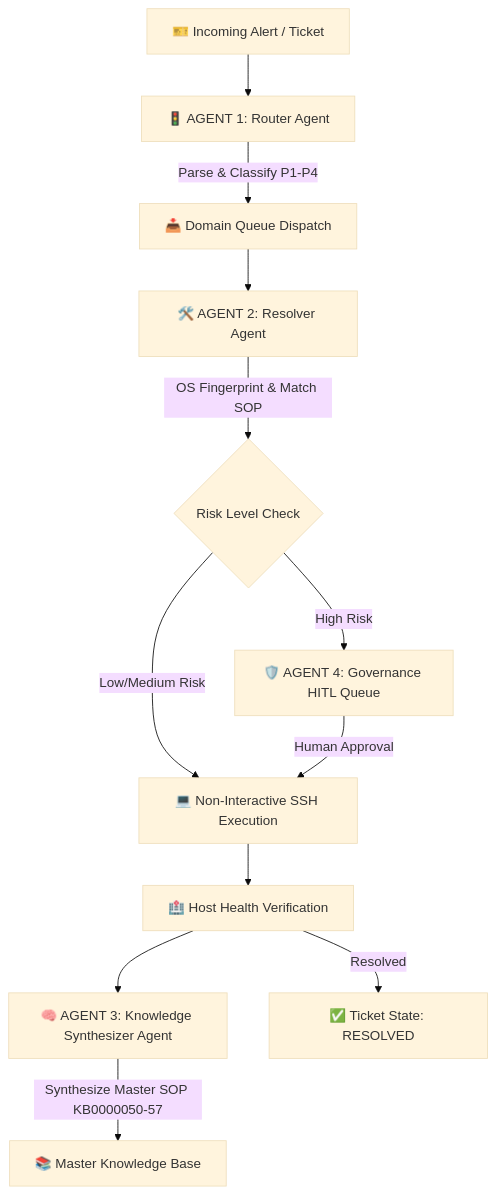
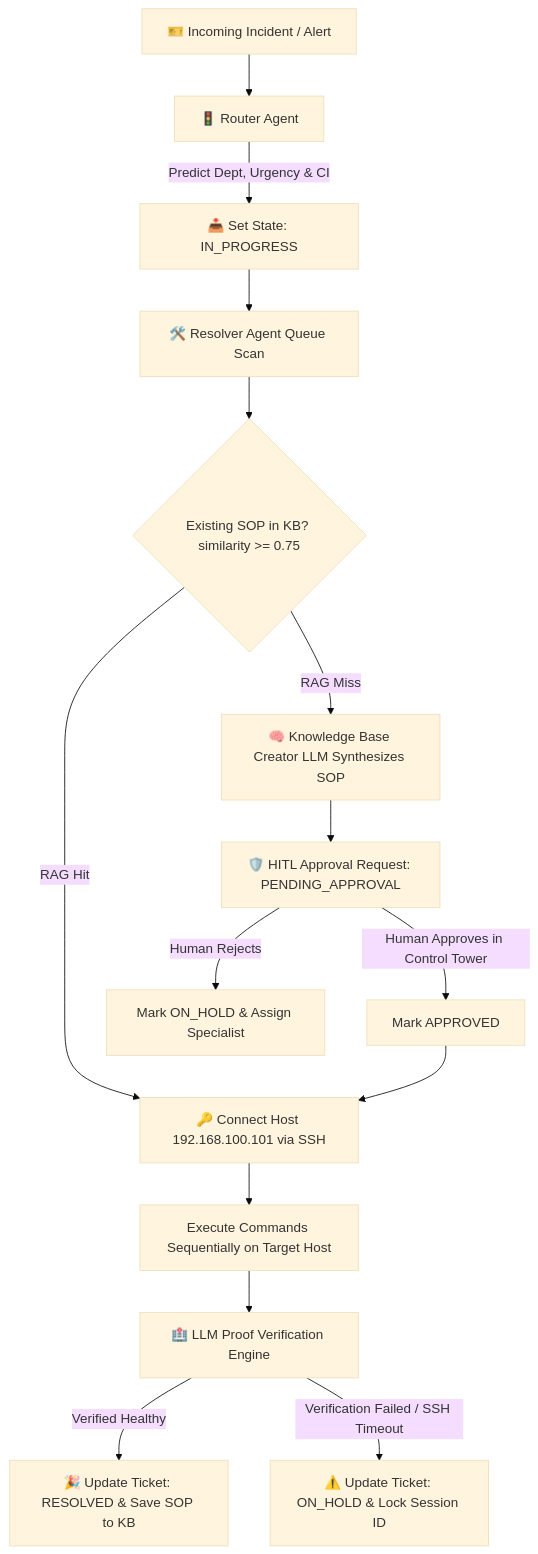
The diagram in README.md (Venuvgp19/ITSM-Agentic), drawn with Mermaid (base theme) before and after one commit. The commit also changed other lines of this file, not shown here.

````diff
--- a/README.md
+++ b/README.md
@@ -14,14 +15,21 @@
 ```mermaid
 flowchart TD
-    A[🎫 Incoming Alert / Ticket] --> B[🚦 AGENT 1: Router Agent]
-    B -->|Parse & Classify P1-P4| C[📥 Domain Queue Dispatch]
-    C --> D[🛠️ AGENT 2: Resolver Agent]
-    D -->|OS Fingerprint & Match SOP| E{Risk Level Check}
-    E -->|Low/Medium Risk| F[💻 Non-Interactive SSH Execution]
-    E -->|High Risk| G[🛡️ AGENT 4: Governance HITL Queue]
-    G -->|Human Approval| F
-    F --> H[🏥 Host Health Verification]
-    H --> I[🧠 AGENT 3: Knowledge Synthesizer Agent]
-    I -->|Synthesize Master SOP KB0000050-57| J[📚 Master Knowledge Base]
-    H -->|Resolved| K[✅ Ticket State: RESOLVED]
+    A[🎫 Incoming Incident / Alert] --> B[🚦 Router Agent]
+    B -->|Predict Dept, Urgency & CI| C[📥 Set State: IN_PROGRESS]
+    C --> D[🛠️ Resolver Agent Queue Scan]
+    
+    D --> E{Existing SOP in KB? similarity >= 0.75}
+    E -->|RAG Hit| F[🔑 Connect Host 192.168.100.101 via SSH]
+    E -->|RAG Miss| G[🧠 Knowledge Base Creator LLM Synthesizes SOP]
+    
+    G --> H[🛡️ HITL Approval Request: PENDING_APPROVAL]
+    H -->|Human Approves in Control Tower| I[Mark APPROVED]
+    H -->|Human Rejects| J[Mark ON_HOLD & Assign Specialist]
+    
+    I --> F
+    F --> K[Execute Commands Sequentially on Target Host]
+    K --> L[🏥 LLM Proof Verification Engine]
+    
+    L -->|Verified Healthy| M[🎉 Update Ticket: RESOLVED & Save SOP to KB]
+    L -->|Verification Failed / SSH Timeout| N[⚠️ Update Ticket: ON_HOLD & Lock Session ID]
 ```
````
